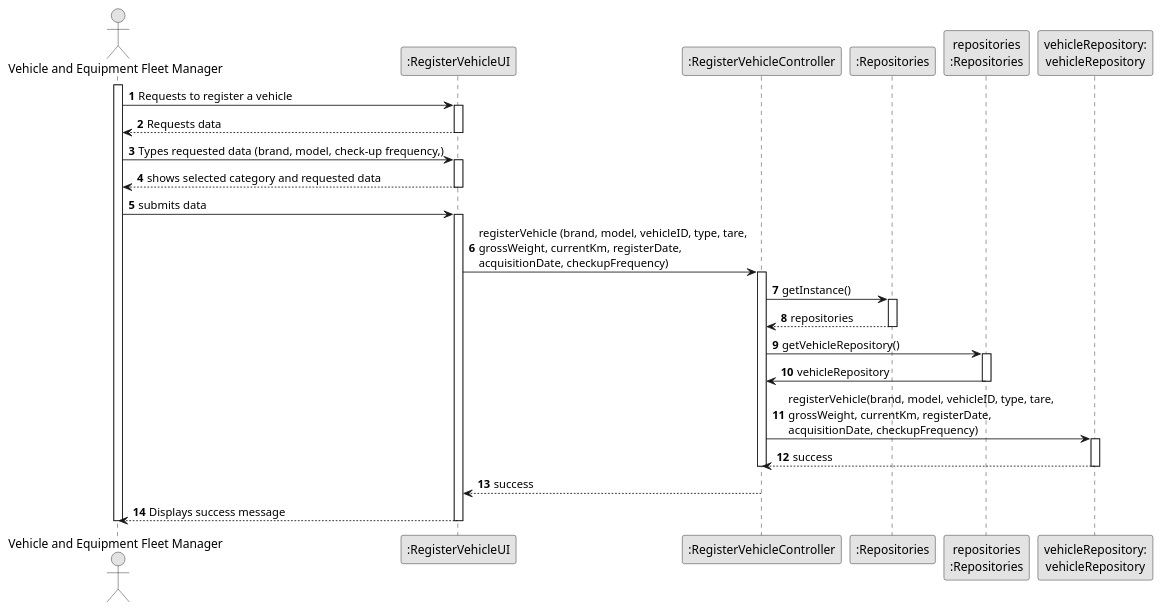
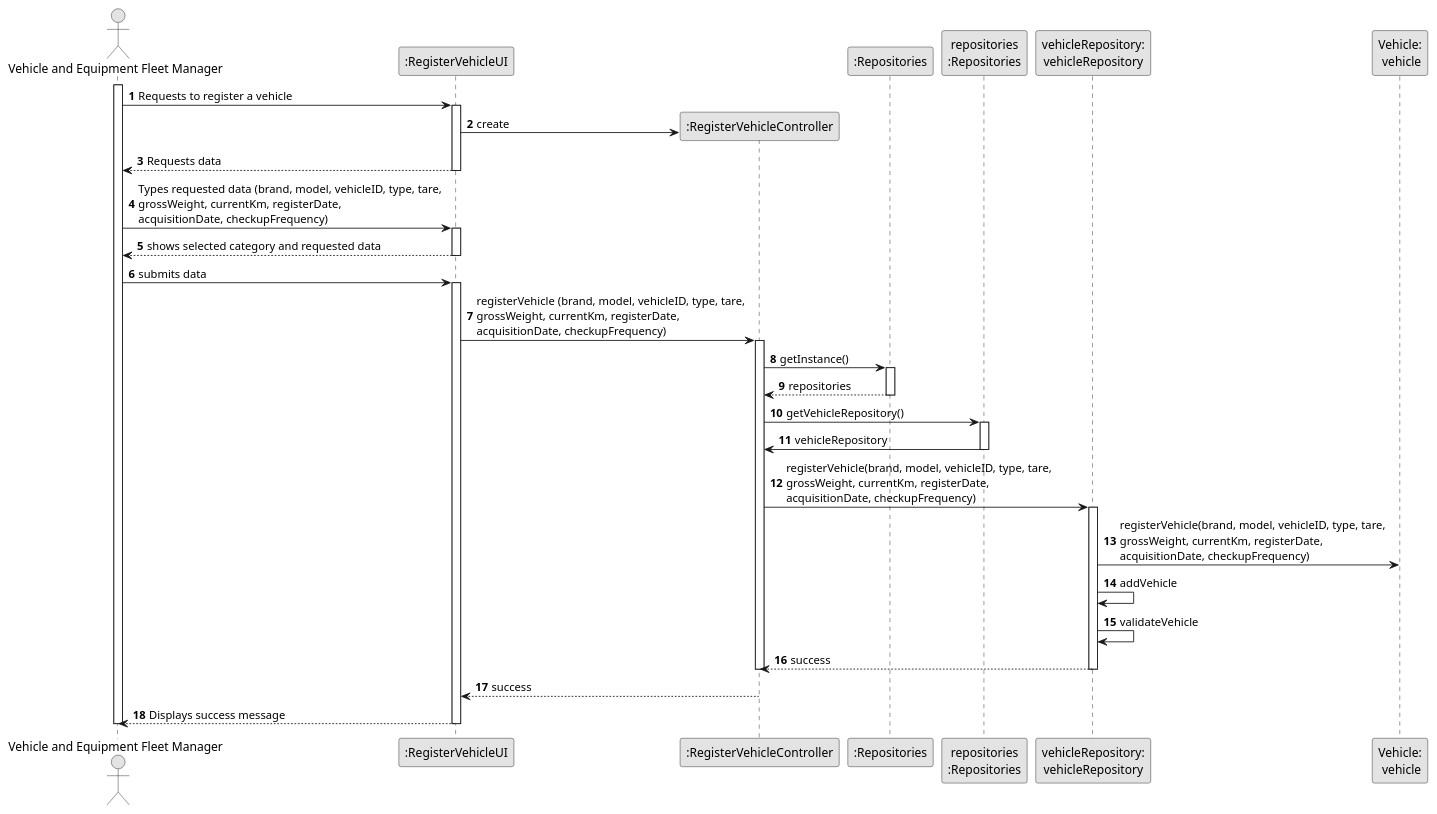
The diagram in docs/sprint B/us006/03.design/puml/us006-sequence-diagram-full.puml (Departamento-de-Engenharia-Informatica/lei-24-s2-1df-1de-g063), drawn with PlantUML before and after one commit.

Commit message:
alteraloes SD us06

```diff
--- a/docs/sprint B/us006/03.design/puml/us006-sequence-diagram-full.puml
+++ b/docs/sprint B/us006/03.design/puml/us006-sequence-diagram-full.puml
@@ -1,72 +1,76 @@
 @startuml
 skinparam monochrome true
 skinparam packageStyle rectangle
 skinparam shadowing false
 
 autonumber
 
 'hide footbox
 actor "Vehicle and Equipment Fleet Manager" as ADM
 participant ":RegisterVehicleUI" as UI
 participant ":RegisterVehicleController" as CTRL
 participant ":Repositories" as RepositorySingleton
 participant "repositories\n:Repositories" as PLAT
 participant "vehicleRepository:\nvehicleRepository" as TaskCategoryRepository
-
+participant "Vehicle:\n vehicle"
 
 activate ADM
 
         ADM -> UI : Requests to register a vehicle
 
         activate UI
+        UI -> CTRL** : create
 
             UI --> ADM : Requests data
         deactivate UI
 
 
-    ADM -> UI : Types requested data (brand, model, check-up frequency,)
+    ADM -> UI : Types requested data (brand, model, vehicleID, type, tare,\ngrossWeight, currentKm, registerDate, \nacquisitionDate, checkupFrequency)
     activate UI
 
         UI --> ADM : shows selected category and requested data
     deactivate UI
 
     ADM -> UI : submits data
     activate UI
 
         UI -> CTRL : registerVehicle (brand, model, vehicleID, type, tare,\ngrossWeight, currentKm, registerDate, \nacquisitionDate, checkupFrequency)
         activate CTRL
 
 
 
                 CTRL -> RepositorySingleton : getInstance()
                 activate RepositorySingleton
 
                     RepositorySingleton --> CTRL: repositories
                 deactivate RepositorySingleton
 
                 CTRL -> PLAT : getVehicleRepository()
                 activate PLAT
 
                     PLAT -> CTRL : vehicleRepository
                 deactivate PLAT
 
                 CTRL -> TaskCategoryRepository : registerVehicle(brand, model, vehicleID, type, tare,\ngrossWeight, currentKm, registerDate, \nacquisitionDate, checkupFrequency)
+
                 activate TaskCategoryRepository
-
+                TaskCategoryRepository -> "Vehicle:\n vehicle":registerVehicle(brand, model, vehicleID, type, tare,\ngrossWeight, currentKm, registerDate, \nacquisitionDate, checkupFrequency)
+                TaskCategoryRepository -> TaskCategoryRepository : addVehicle
+                TaskCategoryRepository -> TaskCategoryRepository : validateVehicle
                     TaskCategoryRepository --> CTRL : success
                 deactivate TaskCategoryRepository
 
             deactivate CTRL
 
 
 
 
 
             CTRL --> UI: success
             deactivate CTRL
             UI --> ADM: Displays success message
     deactivate UI
 
 deactivate ADM
 
 @enduml
```
